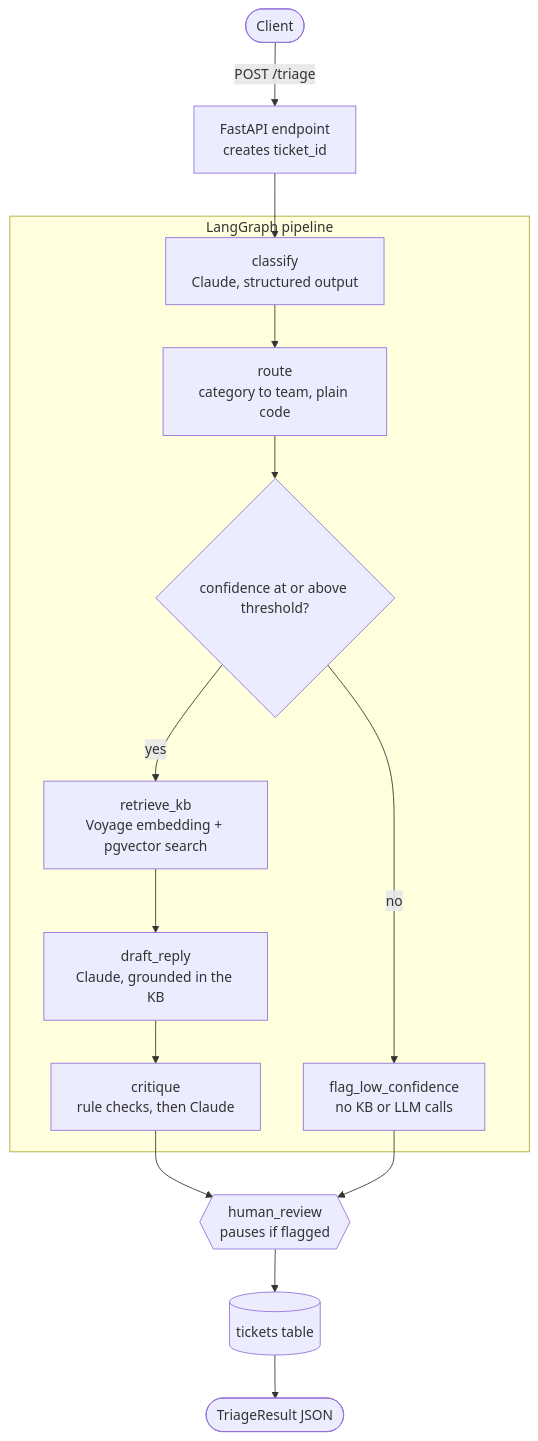
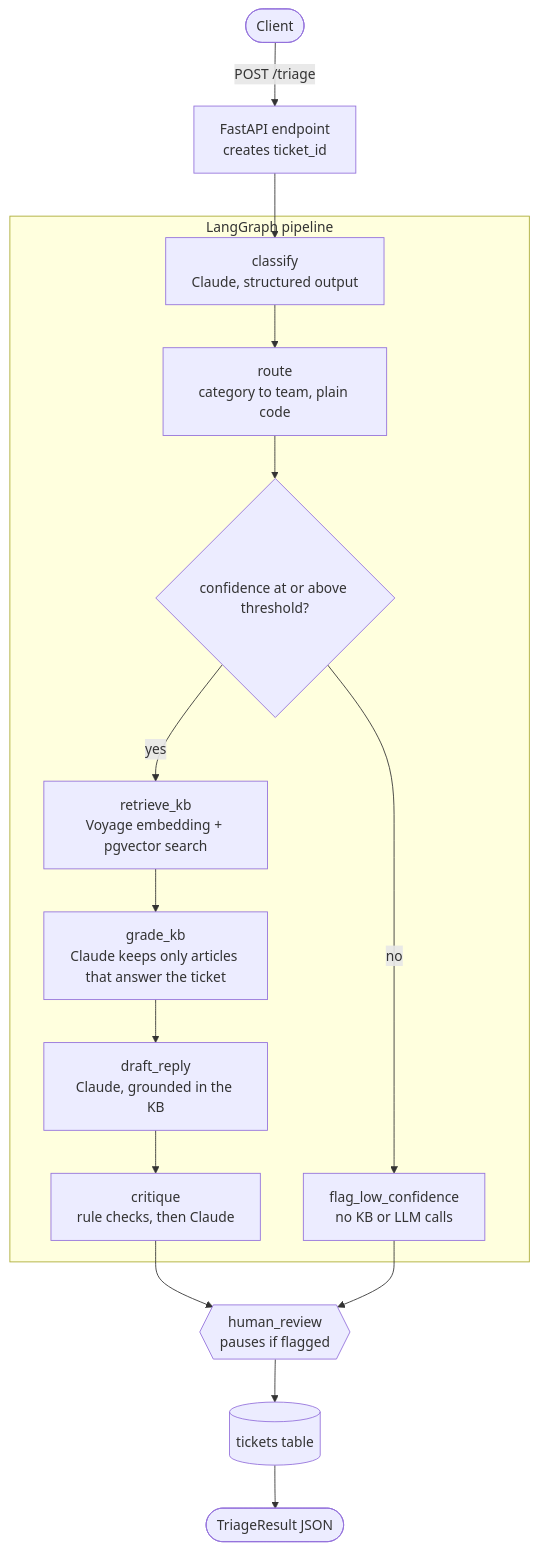
One commit to ObiomaIkpe/TriageIQ changed the first of 2 diagrams in README.md. Above: the diagram before and after it, drawn with Mermaid. The commit also changed other lines of this file and 14 other files, not shown here.

Commit message:
graph: add KB relevance grader and loosen MAX_DISTANCE to 0.65

````diff
--- a/README.md
+++ b/README.md
@@ -22,19 +22,20 @@
 ```mermaid
 flowchart TD
     client([Client]) -->|POST /triage| api["FastAPI endpoint<br/>creates ticket_id"]
     api --> classify
 
     subgraph pipeline [LangGraph pipeline]
         classify["classify<br/>Claude, structured output"] --> route["route<br/>category to team, plain code"]
         route --> gate{"confidence at or above threshold?"}
         gate -- yes --> retrieve["retrieve_kb<br/>Voyage embedding + pgvector search"]
-        retrieve --> draft["draft_reply<br/>Claude, grounded in the KB"]
+        retrieve --> grade["grade_kb<br/>Claude keeps only articles that answer the ticket"]
+        grade --> draft["draft_reply<br/>Claude, grounded in the KB"]
         draft --> critique["critique<br/>rule checks, then Claude"]
         gate -- no --> flag["flag_low_confidence<br/>no KB or LLM calls"]
     end
 
     critique --> review{{"human_review<br/>pauses if flagged"}}
     flag --> review
     review --> save[("tickets table")]
     save --> response([TriageResult JSON])
 ```
````
